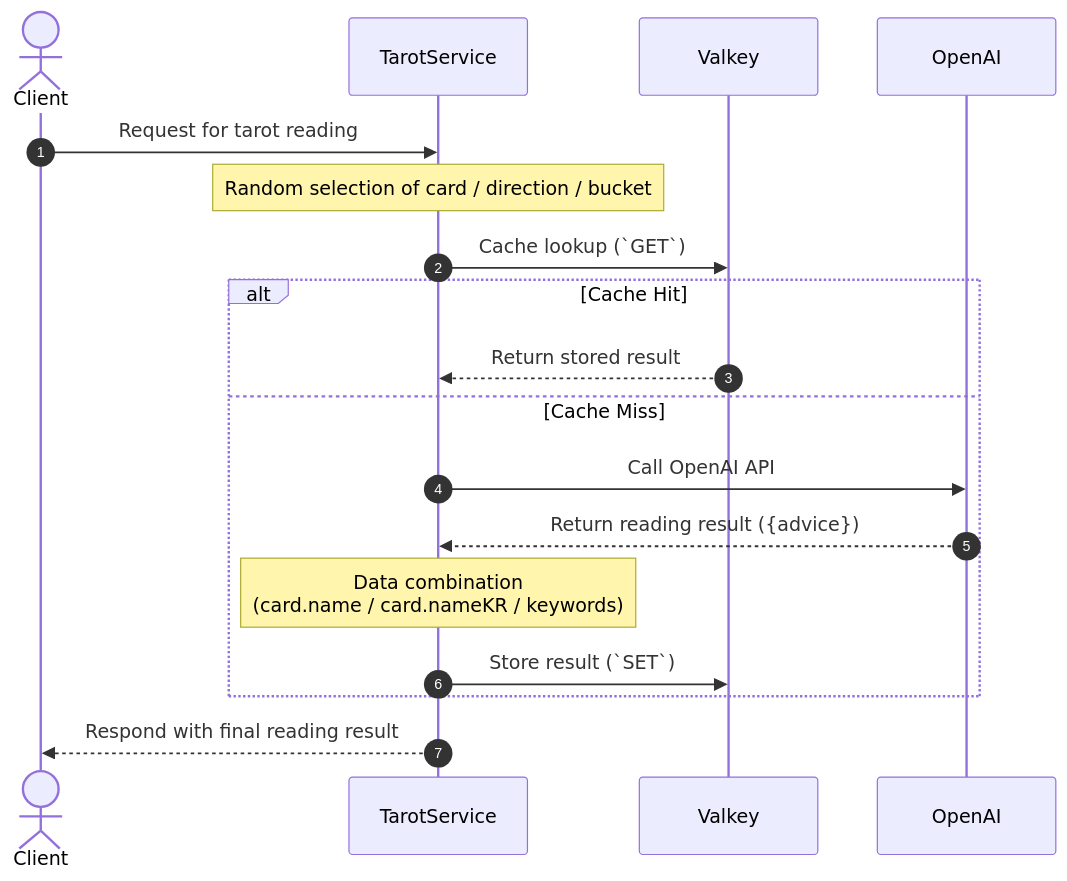
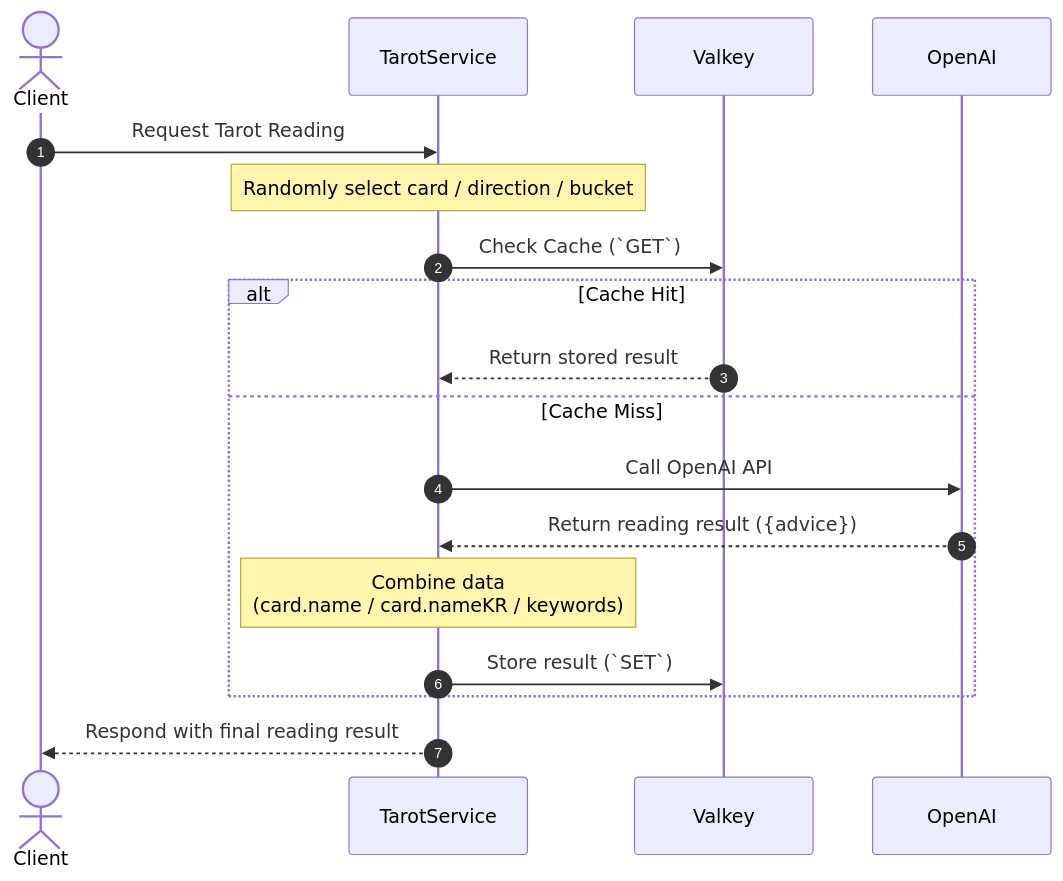
The second of 3 diagrams in src/content/blog/en/tarot-deep-dive.md (mandacode-labs/mandacode-devs), drawn with Mermaid before and after one commit. The commit also changed other lines of this file and 34 other files, not shown here.

````diff
--- a/src/content/blog/en/tarot-deep-dive.md
+++ b/src/content/blog/en/tarot-deep-dive.md
@@ -61,26 +61,26 @@
 ```mermaid
 sequenceDiagram
     autonumber
     
     actor Client as Client
     participant Service as TarotService
     participant Cache as Valkey
     participant AI as OpenAI
     
-    Client->>Service: Request for tarot reading
-    Note over Service: Random selection of card / direction / bucket
+    Client->>Service: Request Tarot Reading
+    Note over Service: Randomly select card / direction / bucket
     
-    Service->>Cache: Cache lookup (`GET`)
+    Service->>Cache: Check Cache (`GET`)
     
     alt Cache Hit
         Cache-->>Service: Return stored result
     else Cache Miss
         Service->>AI: Call OpenAI API
         AI-->>Service: Return reading result ({advice})
-        Note over Service: Data combination<br/>(card.name / card.nameKR / keywords)
+        Note over Service: Combine data<br/>(card.name / card.nameKR / keywords)
         Service->>Cache: Store result (`SET`)
     end
     
     Service-->>Client: Respond with final reading result
 
 ```
````
